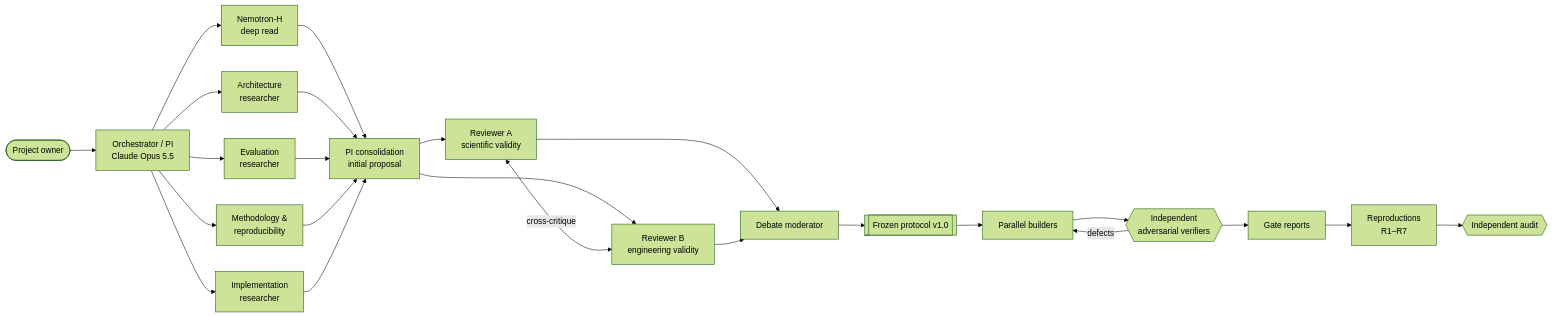
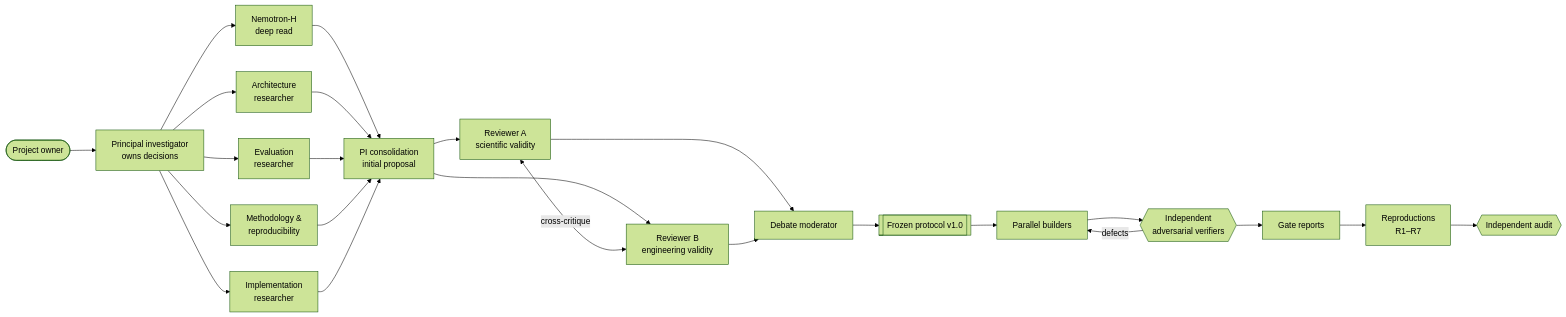
Before and after one commit to mr-entr0py/hybrid-attention-longcontext: the second of 2 diagrams in README.md, drawn with Mermaid (forest theme). The commit also changed other lines of this file and 1487 other files, not shown here.

````diff
--- a/README.md
+++ b/README.md
@@ -173,17 +173,17 @@
 ```mermaid
 flowchart LR
-    U([Project owner]) --> O[Orchestrator / PI<br/>Claude Opus 5.5]
+    U([Project owner]) --> O[Principal investigator<br/>owns decisions]
     O --> R1[Nemotron-H<br/>deep read]
     O --> R2[Architecture<br/>researcher]
     O --> R3[Evaluation<br/>researcher]
     O --> R4[Methodology &<br/>reproducibility]
     O --> R5[Implementation<br/>researcher]
     R1 & R2 & R3 & R4 & R5 --> P[PI consolidation<br/>initial proposal]
     P --> RA[Reviewer A<br/>scientific validity]
     P --> RB[Reviewer B<br/>engineering validity]
     RA <-->|cross-critique| RB
     RA & RB --> M[Debate moderator] --> F[[Frozen protocol v1.0]]
     F --> B[Parallel builders] --> V{{Independent<br/>adversarial verifiers}}
     V -->|defects| B
     V --> G[Gate reports] --> X[Reproductions<br/>R1–R7] --> AU{{Independent audit}}
 ```
````
